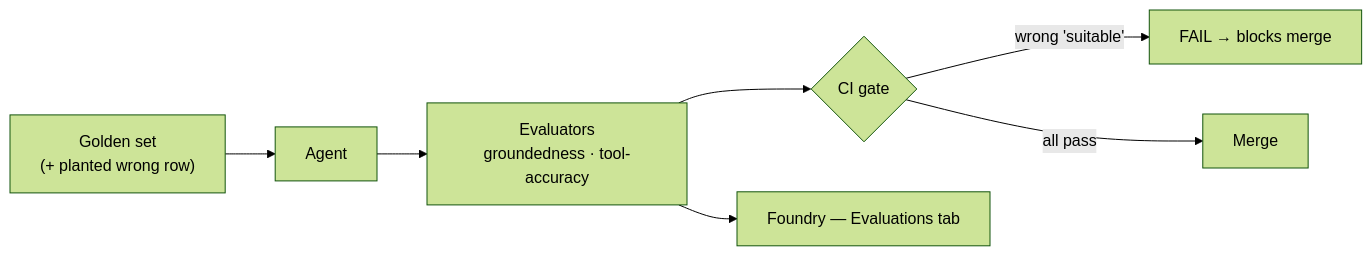
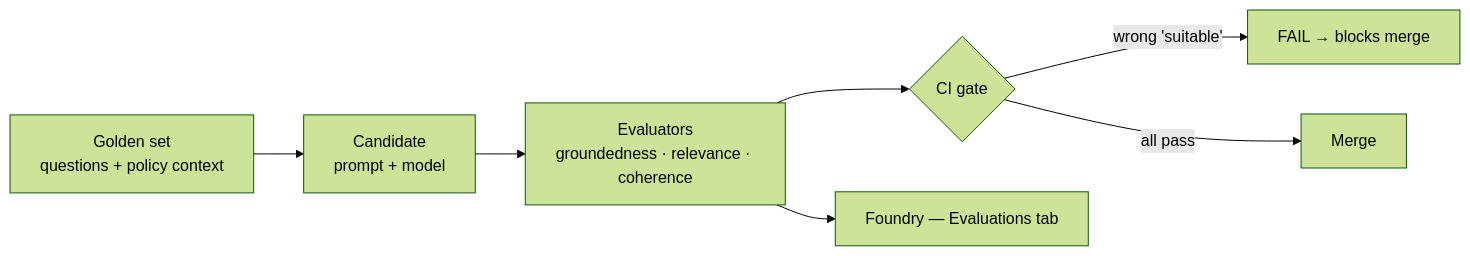
Before and after one commit to SridharArrabelly/foundry-pattern-library: diagram 11 of 13 in README.md, drawn with Mermaid (forest theme). The commit also changed other lines of this file and 14 other files, not shown here.

````diff
--- a/README.md
+++ b/README.md
@@ -301,7 +302,7 @@
 ```mermaid
 flowchart LR
-  GS["Golden set<br/>(+ planted wrong row)"] --> AG["Agent"] --> EV["Evaluators<br/>groundedness · tool-accuracy"] --> GT{"CI gate"}
+  GS["Golden set<br/>questions + policy context"] --> AG["Candidate<br/>prompt + model"] --> EV["Evaluators<br/>groundedness · relevance · coherence"] --> GT{"CI gate"}
   GT -->|"wrong 'suitable'"| FL["FAIL → blocks merge"]
   GT -->|"all pass"| OK["Merge"]
   EV --> FE["Foundry — Evaluations tab"]
 ```
````
